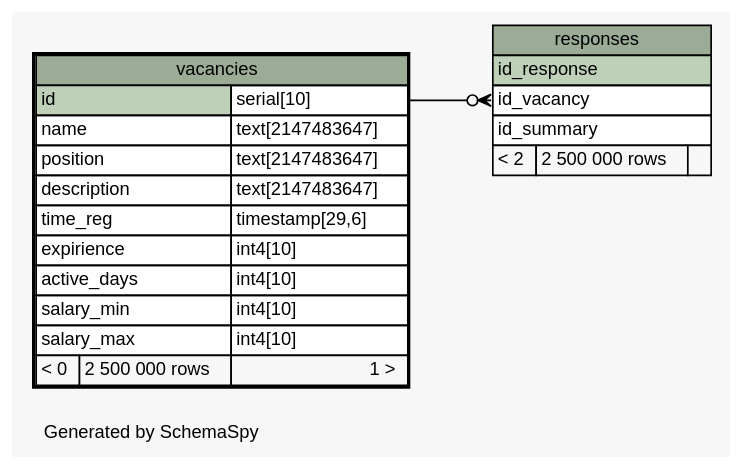
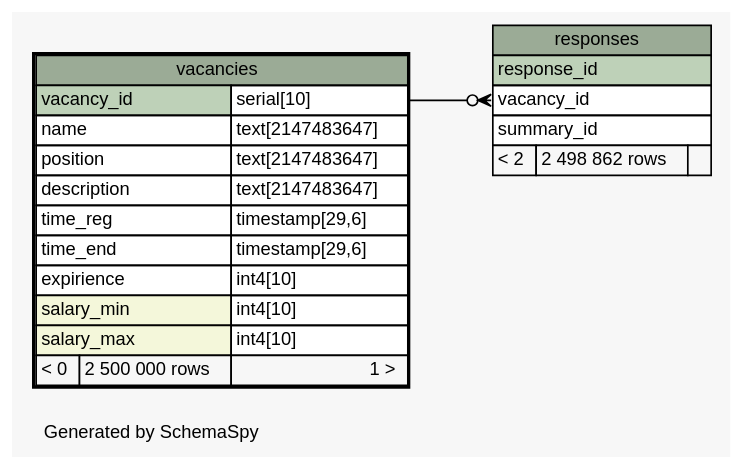
One commit to colorbash/hh-database-homework changed the diagram in schemaspy/diagrams/vacancies.1degree.dot. Above: the diagram before and after it, drawn with Graphviz. The commit also changed 56 other files, not shown here.

```diff
--- a/schemaspy/diagrams/vacancies.1degree.dot
+++ b/schemaspy/diagrams/vacancies.1degree.dot
@@ -1,53 +1,53 @@
 // dot 2.38.0 on Windows 10 10.0
 // SchemaSpy rev 590
 digraph "oneDegreeRelationshipsDiagram" {
   graph [
     rankdir="RL"
     bgcolor="#f7f7f7"
     label="\nGenerated by SchemaSpy"
     labeljust="l"
     nodesep="0.18"
     ranksep="0.46"
     fontname="Helvetica"
     fontsize="11"
   ];
   node [
     fontname="Helvetica"
     fontsize="11"
     shape="plaintext"
   ];
   edge [
     arrowsize="0.8"
   ];
-  "responses":"id_vacancy":w -> "vacancies":"id.type":e [arrowhead=none dir=back arrowtail=crowodot];
+  "responses":"vacancy_id":w -> "vacancies":"vacancy_id.type":e [arrowhead=none dir=back arrowtail=crowodot];
   "responses" [
     label=<
     <TABLE BORDER="0" CELLBORDER="1" CELLSPACING="0" BGCOLOR="#ffffff">
       <TR><TD COLSPAN="3" BGCOLOR="#9bab96" ALIGN="CENTER">responses</TD></TR>
-      <TR><TD PORT="id_response" COLSPAN="3" BGCOLOR="#bed1b8" ALIGN="LEFT">id_response</TD></TR>
-      <TR><TD PORT="id_vacancy" COLSPAN="3" ALIGN="LEFT">id_vacancy</TD></TR>
-      <TR><TD PORT="id_summary" COLSPAN="3" ALIGN="LEFT">id_summary</TD></TR>
-      <TR><TD ALIGN="LEFT" BGCOLOR="#f7f7f7">&lt; 2</TD><TD ALIGN="RIGHT" BGCOLOR="#f7f7f7">2 500 000 rows</TD><TD ALIGN="RIGHT" BGCOLOR="#f7f7f7">  </TD></TR>
+      <TR><TD PORT="response_id" COLSPAN="3" BGCOLOR="#bed1b8" ALIGN="LEFT">response_id</TD></TR>
+      <TR><TD PORT="vacancy_id" COLSPAN="3" ALIGN="LEFT">vacancy_id</TD></TR>
+      <TR><TD PORT="summary_id" COLSPAN="3" ALIGN="LEFT">summary_id</TD></TR>
+      <TR><TD ALIGN="LEFT" BGCOLOR="#f7f7f7">&lt; 2</TD><TD ALIGN="RIGHT" BGCOLOR="#f7f7f7">2 498 862 rows</TD><TD ALIGN="RIGHT" BGCOLOR="#f7f7f7">  </TD></TR>
     </TABLE>>
     URL="responses.html"
     tooltip="responses"
   ];
   "vacancies" [
     label=<
     <TABLE BORDER="2" CELLBORDER="1" CELLSPACING="0" BGCOLOR="#ffffff">
       <TR><TD COLSPAN="3" BGCOLOR="#9bab96" ALIGN="CENTER">vacancies</TD></TR>
-      <TR><TD PORT="id" COLSPAN="2" BGCOLOR="#bed1b8" ALIGN="LEFT">id</TD><TD PORT="id.type" ALIGN="LEFT">serial[10]</TD></TR>
+      <TR><TD PORT="vacancy_id" COLSPAN="2" BGCOLOR="#bed1b8" ALIGN="LEFT">vacancy_id</TD><TD PORT="vacancy_id.type" ALIGN="LEFT">serial[10]</TD></TR>
       <TR><TD PORT="name" COLSPAN="2" ALIGN="LEFT">name</TD><TD PORT="name.type" ALIGN="LEFT">text[2147483647]</TD></TR>
       <TR><TD PORT="position" COLSPAN="2" ALIGN="LEFT">position</TD><TD PORT="position.type" ALIGN="LEFT">text[2147483647]</TD></TR>
       <TR><TD PORT="description" COLSPAN="2" ALIGN="LEFT">description</TD><TD PORT="description.type" ALIGN="LEFT">text[2147483647]</TD></TR>
       <TR><TD PORT="time_reg" COLSPAN="2" ALIGN="LEFT">time_reg</TD><TD PORT="time_reg.type" ALIGN="LEFT">timestamp[29,6]</TD></TR>
+      <TR><TD PORT="time_end" COLSPAN="2" ALIGN="LEFT">time_end</TD><TD PORT="time_end.type" ALIGN="LEFT">timestamp[29,6]</TD></TR>
       <TR><TD PORT="expirience" COLSPAN="2" ALIGN="LEFT">expirience</TD><TD PORT="expirience.type" ALIGN="LEFT">int4[10]</TD></TR>
-      <TR><TD PORT="active_days" COLSPAN="2" ALIGN="LEFT">active_days</TD><TD PORT="active_days.type" ALIGN="LEFT">int4[10]</TD></TR>
-      <TR><TD PORT="salary_min" COLSPAN="2" ALIGN="LEFT">salary_min</TD><TD PORT="salary_min.type" ALIGN="LEFT">int4[10]</TD></TR>
-      <TR><TD PORT="salary_max" COLSPAN="2" ALIGN="LEFT">salary_max</TD><TD PORT="salary_max.type" ALIGN="LEFT">int4[10]</TD></TR>
+      <TR><TD PORT="salary_min" COLSPAN="2" BGCOLOR="#f4f7da" ALIGN="LEFT">salary_min</TD><TD PORT="salary_min.type" ALIGN="LEFT">int4[10]</TD></TR>
+      <TR><TD PORT="salary_max" COLSPAN="2" BGCOLOR="#f4f7da" ALIGN="LEFT">salary_max</TD><TD PORT="salary_max.type" ALIGN="LEFT">int4[10]</TD></TR>
       <TR><TD ALIGN="LEFT" BGCOLOR="#f7f7f7">&lt; 0</TD><TD ALIGN="RIGHT" BGCOLOR="#f7f7f7">2 500 000 rows</TD><TD ALIGN="RIGHT" BGCOLOR="#f7f7f7">1 &gt;</TD></TR>
     </TABLE>>
     URL="vacancies.html"
     tooltip="vacancies"
   ];
 }
```
